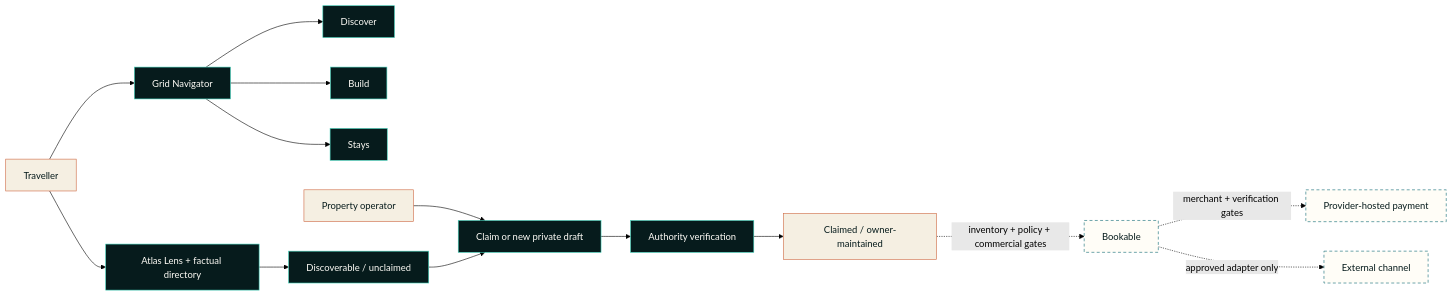
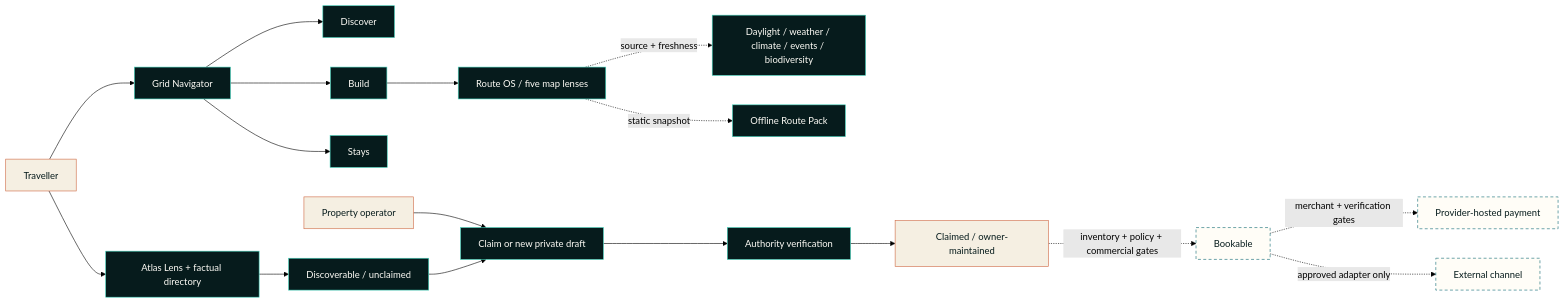
One commit to freeman-ipumbu/tpts-grid-case-study changed the diagram in README.md. Above: the diagram before and after it, drawn with Mermaid (forest theme). The commit also changed other lines of this file and 3 other files, not shown here.

````diff
--- a/README.md
+++ b/README.md
@@ -150,23 +173,26 @@
 ```mermaid
 flowchart LR
     T[Traveller] --> N[Grid Navigator]
     N --> E[Discover]
     N --> R[Build]
     N --> S[Stays]
+    R --> OS[Route OS / five map lenses]
+    OS -. source + freshness .-> I[Daylight / weather / climate / events / biodiversity]
+    OS -. static snapshot .-> OP[Offline Route Pack]
     T --> D[Atlas Lens + factual directory]
     O[Property operator] --> C[Claim or new private draft]
     C --> V[Authority verification]
     D --> U[Discoverable / unclaimed]
     U --> C
     V --> K[Claimed / owner-maintained]
     K -. inventory + policy + commercial gates .-> B[Bookable]
     B -. merchant + verification gates .-> P[Provider-hosted payment]
     B -. approved adapter only .-> X[External channel]
 
     classDef live fill:#061b1c,stroke:#42d5bd,color:#fffdf7;
     classDef truth fill:#f5efe2,stroke:#ce6842,color:#061b1c;
     classDef gated fill:#fffdf7,stroke:#0d6872,color:#061b1c,stroke-dasharray:5 4;
-    class N,E,R,S,D,U,C,V live;
+    class N,E,R,S,D,U,C,V,OS,I,OP live;
     class T,O,K truth;
     class B,P,X gated;
 ```
````
